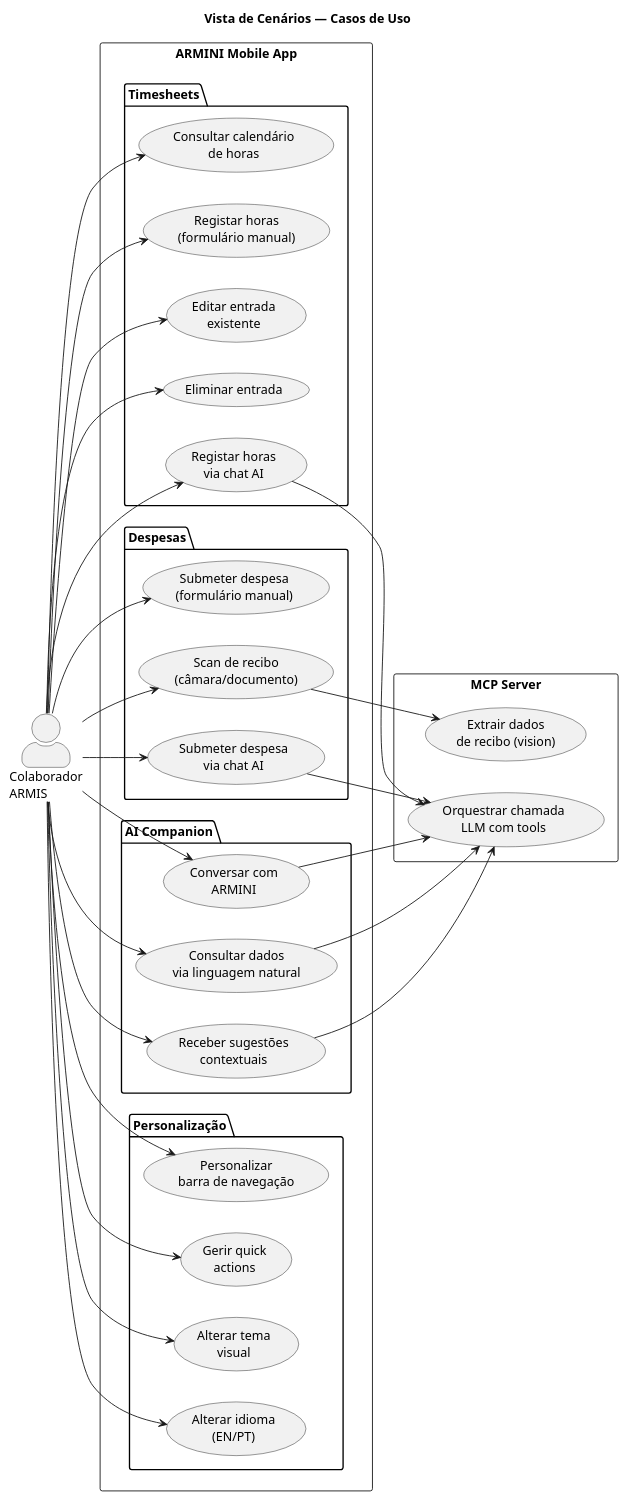
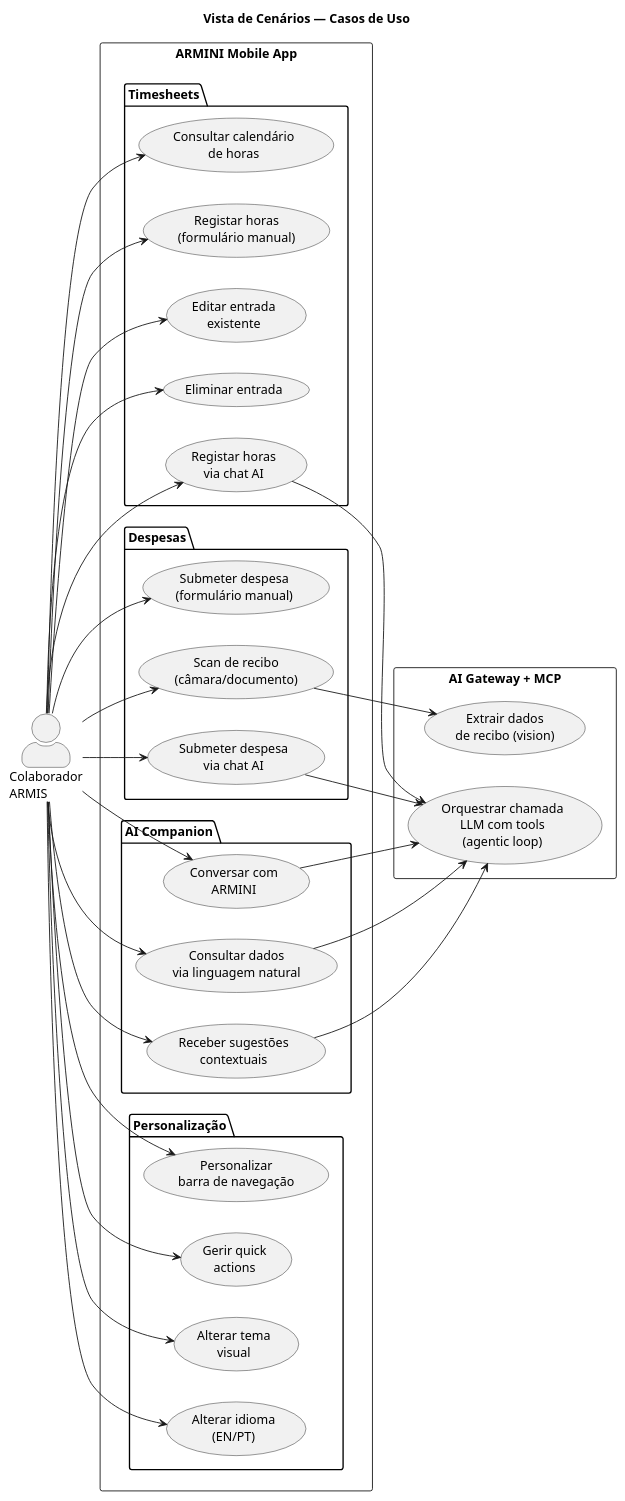
Before and after one commit to gabsilva17/projeto-armis: diagram 12 of 14 in armini/docs/architecture.md, drawn with PlantUML. The commit also changed other lines of this file and 5 other files, not shown here.

````diff
--- a/armini/docs/architecture.md
+++ b/armini/docs/architecture.md
@@ -677,69 +800,69 @@
 ```plantuml
 @startuml Vista_Cenarios
 left to right direction
 skinparam actorStyle awesome
 
 title Vista de Cenários — Casos de Uso
 
 actor "Colaborador\nARMIS" as employee
 
 rectangle "ARMINI Mobile App" {
 
     package "Timesheets" {
         usecase "Consultar calendário\nde horas" as UC1
         usecase "Registar horas\n(formulário manual)" as UC2
         usecase "Editar entrada\nexistente" as UC3
         usecase "Eliminar entrada" as UC4
         usecase "Registar horas\nvia chat AI" as UC5
     }
 
     package "Despesas" {
         usecase "Submeter despesa\n(formulário manual)" as UC6
         usecase "Scan de recibo\n(câmara/documento)" as UC7
         usecase "Submeter despesa\nvia chat AI" as UC8
     }
 
     package "AI Companion" {
         usecase "Conversar com\nARMINI" as UC9
         usecase "Consultar dados\nvia linguagem natural" as UC10
         usecase "Receber sugestões\ncontextuais" as UC11
     }
 
     package "Personalização" {
         usecase "Alterar tema\nvisual" as UC12
         usecase "Alterar idioma\n(EN/PT)" as UC13
         usecase "Personalizar\nbarra de navegação" as UC14
         usecase "Gerir quick\nactions" as UC15
     }
 }
 
-rectangle "MCP Server" as mcpBox {
-    usecase "Orquestrar chamada\nLLM com tools" as UC_MCP1
+rectangle "AI Gateway + MCP" as mcpBox {
+    usecase "Orquestrar chamada\nLLM com tools\n(agentic loop)" as UC_MCP1
     usecase "Extrair dados\nde recibo (vision)" as UC_MCP2
 }
 
 employee --> UC1
 employee --> UC2
 employee --> UC3
 employee --> UC4
 employee --> UC5
 employee --> UC6
 employee --> UC7
 employee --> UC8
 employee --> UC9
 employee --> UC10
 employee --> UC11
 employee --> UC12
 employee --> UC13
 employee --> UC14
 employee --> UC15
 
 UC5 --> UC_MCP1
 UC7 --> UC_MCP2
 UC8 --> UC_MCP1
 UC9 --> UC_MCP1
 UC10 --> UC_MCP1
 UC11 --> UC_MCP1
 
 @enduml
 ```
````
